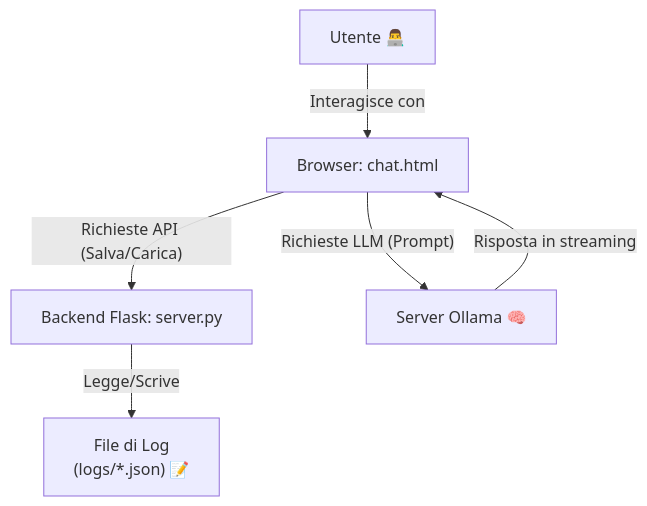
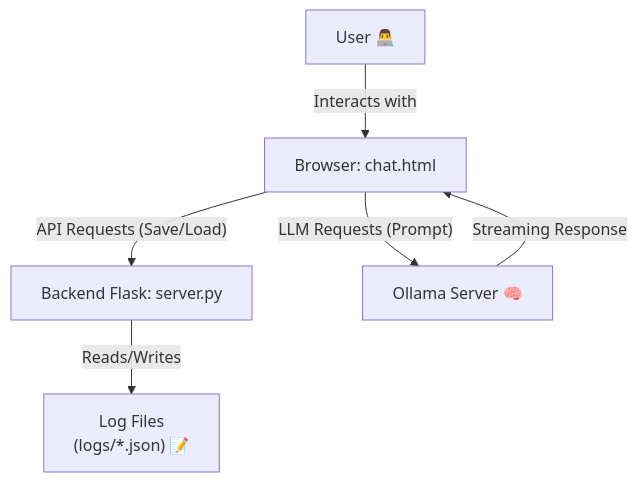
Before and after one commit to nannipy/ollapy: the diagram in README.md, drawn with Mermaid. The commit also changed other lines of this file and 1 other file, not shown here.

````diff
--- a/README.md
+++ b/README.md
@@ -54,8 +54,8 @@
 ```mermaid
 graph TD
-    A[Utente 👨‍💻] -- Interagisce con --> B[Browser: chat.html]
-    B -- "Richieste API (Salva/Carica)" --> C[Backend Flask: server.py]
-    C -- "Legge/Scrive" --> D["File di Log<br/>(logs/*.json) 📝"]
-    B -- "Richieste LLM (Prompt)" --> E[Server Ollama 🧠]
-    E -- "Risposta in streaming" --> B
+    A[User 👨‍💻] -- Interacts with --> B[Browser: chat.html]
+    B -- "API Requests (Save/Load)" --> C[Backend Flask: server.py]
+    C -- "Reads/Writes" --> D["Log Files<br/>(logs/*.json) 📝"]
+    B -- "LLM Requests (Prompt)" --> E[Ollama Server 🧠]
+    E -- "Streaming Response" --> B
 ```
````
